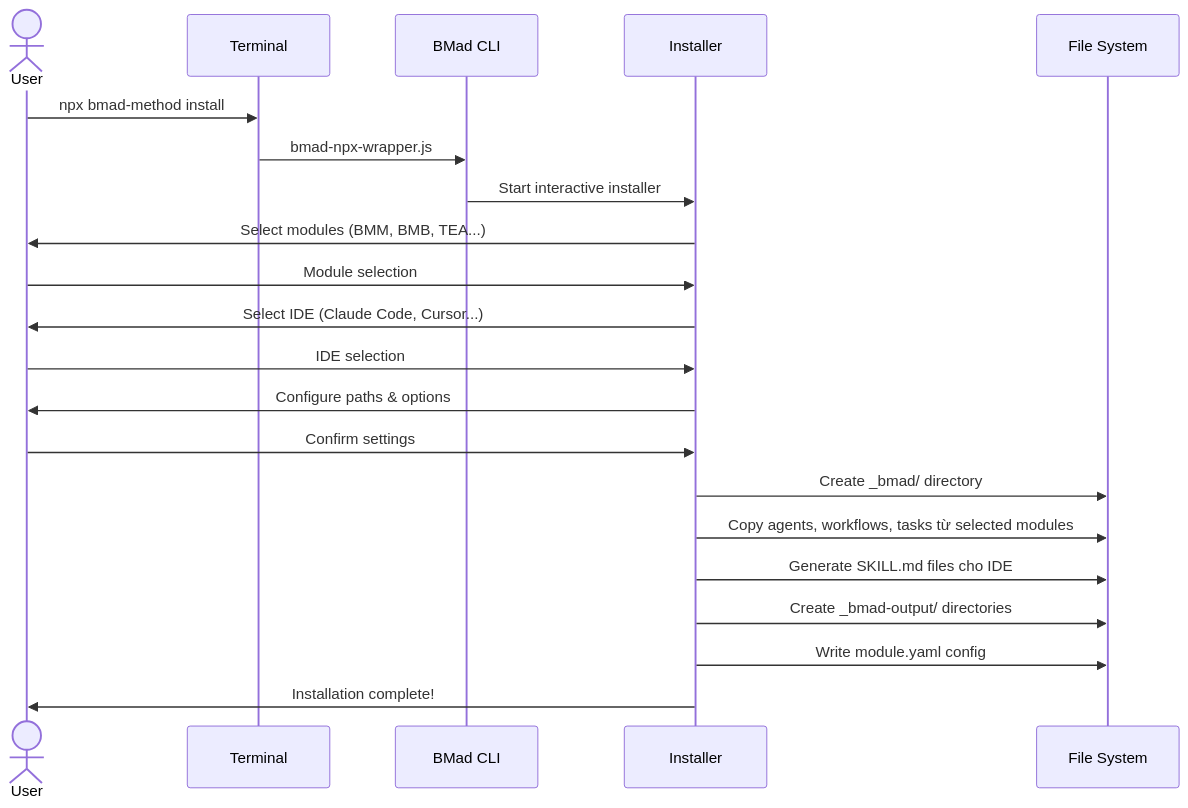
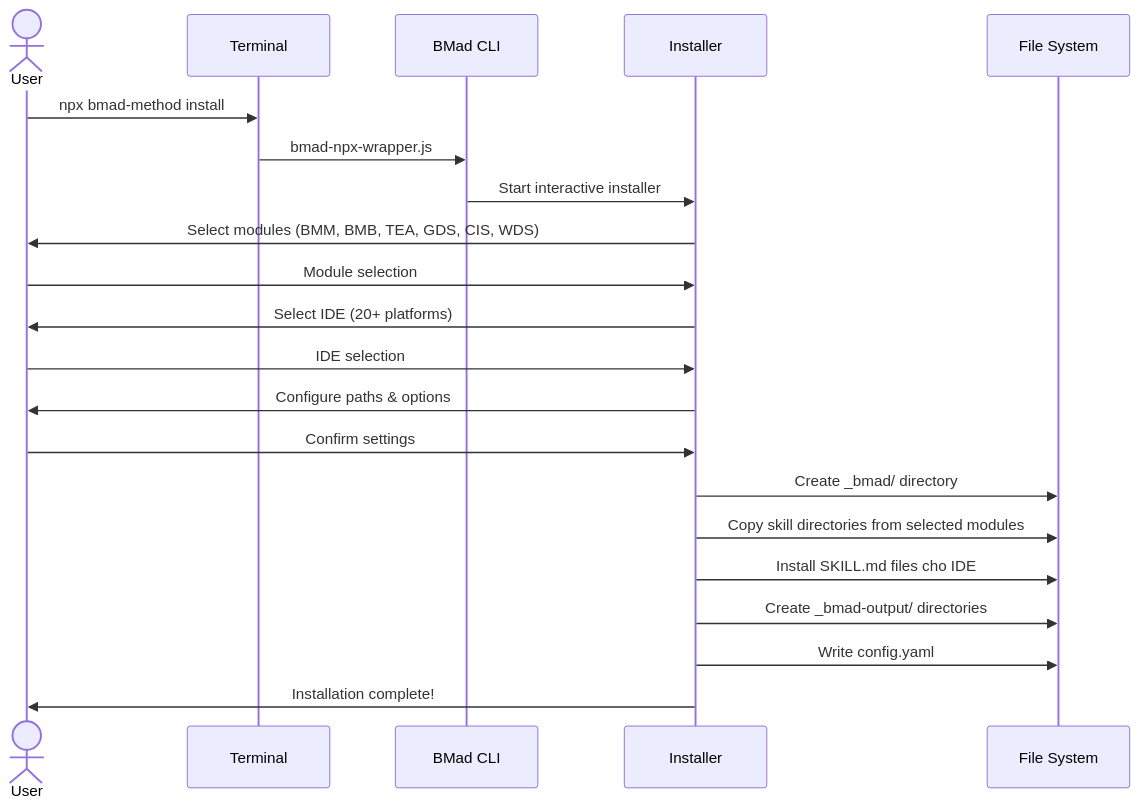
One commit to thientranhung/agentic-coding-lab changed the second of 10 diagrams in vn/bmad-method/1. Architecture and Logic.md. Above: the diagram before and after it, drawn with Mermaid. The commit also changed other lines of this file and 14 other files, not shown here.

````diff
--- a/vn/bmad-method/1. Architecture and Logic.md
+++ b/vn/bmad-method/1. Architecture and Logic.md
@@ -92,24 +82,24 @@
 ```mermaid
 sequenceDiagram
     actor User
     participant Term as Terminal
     participant CLI as BMad CLI
     participant Inst as Installer
     participant FS as File System
 
     User->>Term: npx bmad-method install
     Term->>CLI: bmad-npx-wrapper.js
     CLI->>Inst: Start interactive installer
-    Inst->>User: Select modules (BMM, BMB, TEA...)
+    Inst->>User: Select modules (BMM, BMB, TEA, GDS, CIS, WDS)
     User->>Inst: Module selection
-    Inst->>User: Select IDE (Claude Code, Cursor...)
+    Inst->>User: Select IDE (20+ platforms)
     User->>Inst: IDE selection
     Inst->>User: Configure paths & options
     User->>Inst: Confirm settings
     Inst->>FS: Create _bmad/ directory
-    Inst->>FS: Copy agents, workflows, tasks từ selected modules
-    Inst->>FS: Generate SKILL.md files cho IDE
+    Inst->>FS: Copy skill directories from selected modules
+    Inst->>FS: Install SKILL.md files cho IDE
     Inst->>FS: Create _bmad-output/ directories
-    Inst->>FS: Write module.yaml config
+    Inst->>FS: Write config.yaml
     Inst->>User: Installation complete!
 ```
````
